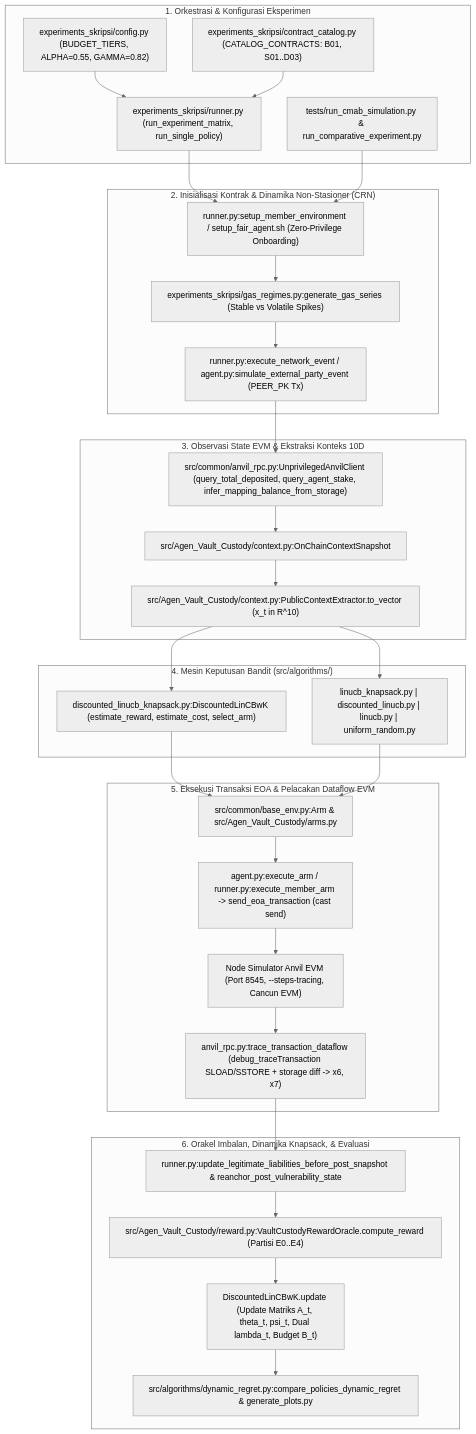
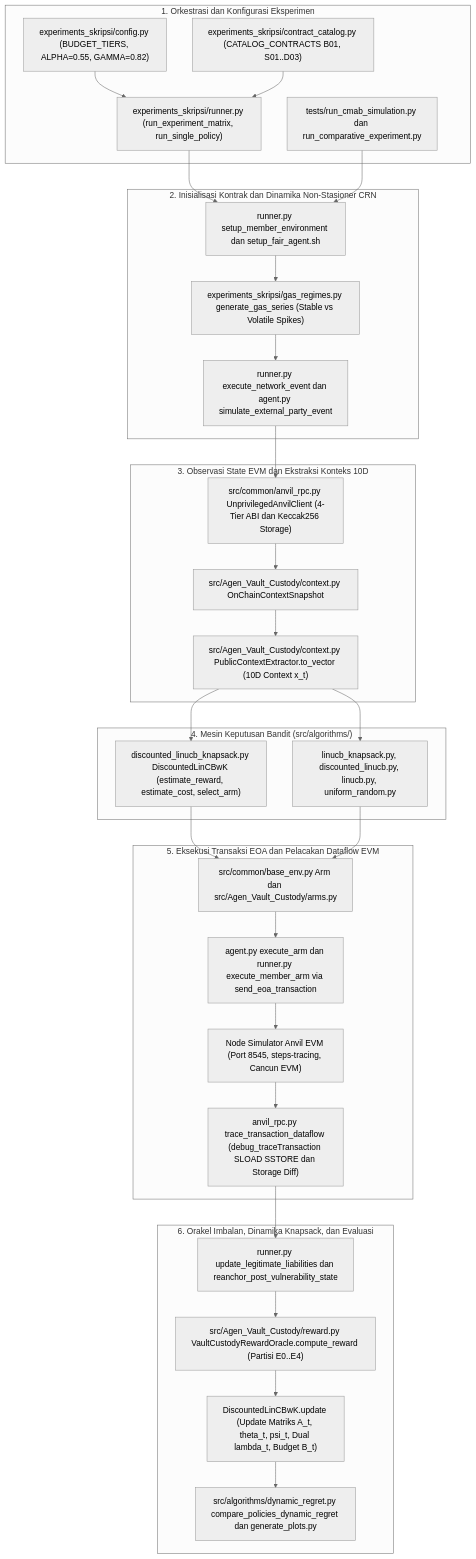
One commit to opeteer/FuzzCMAB changed the first of 2 diagrams in README.md. Above: the diagram before and after it, drawn with Mermaid (neutral theme). The commit also changed other lines of this file and 1 other file, not shown here.

Commit message:
fix(docs): use GitHub-compatible MathJax macros and Mermaid syntax in README

````diff
--- a/README.md
+++ b/README.md
@@ -40,61 +67,61 @@
 ```mermaid
 flowchart TD
-    subgraph L1["1. Orkestrasi & Konfigurasi Eksperimen"]
+    subgraph L1["1. Orkestrasi dan Konfigurasi Eksperimen"]
         CFG["experiments_skripsi/config.py (BUDGET_TIERS, ALPHA=0.55, GAMMA=0.82)"]
-        CAT["experiments_skripsi/contract_catalog.py (CATALOG_CONTRACTS: B01, S01..D03)"]
+        CAT["experiments_skripsi/contract_catalog.py (CATALOG_CONTRACTS B01, S01..D03)"]
         RUN["experiments_skripsi/runner.py (run_experiment_matrix, run_single_policy)"]
-        SIM["tests/run_cmab_simulation.py & run_comparative_experiment.py"]
+        SIM["tests/run_cmab_simulation.py dan run_comparative_experiment.py"]
     end
 
-    subgraph L2["2. Inisialisasi Kontrak & Dinamika Non-Stasioner (CRN)"]
-        SETUP["runner.py:setup_member_environment / setup_fair_agent.sh (Zero-Privilege Onboarding)"]
-        GAS["experiments_skripsi/gas_regimes.py:generate_gas_series (Stable vs Volatile Spikes)"]
-        PEER["runner.py:execute_network_event / agent.py:simulate_external_party_event (PEER_PK Tx)"]
+    subgraph L2["2. Inisialisasi Kontrak dan Dinamika Non-Stasioner CRN"]
+        SETUP["runner.py setup_member_environment dan setup_fair_agent.sh"]
+        GAS["experiments_skripsi/gas_regimes.py generate_gas_series (Stable vs Volatile Spikes)"]
+        PEER["runner.py execute_network_event dan agent.py simulate_external_party_event"]
     end
 
-    subgraph L3["3. Observasi State EVM & Ekstraksi Konteks 10D"]
-        RPC_READ["src/common/anvil_rpc.py:UnprivilegedAnvilClient (query_total_deposited, query_agent_stake, infer_mapping_balance_from_storage)"]
-        SNAP["src/Agen_Vault_Custody/context.py:OnChainContextSnapshot"]
-        CTX["src/Agen_Vault_Custody/context.py:PublicContextExtractor.to_vector (x_t in R^10)"]
+    subgraph L3["3. Observasi State EVM dan Ekstraksi Konteks 10D"]
+        RPC_READ["src/common/anvil_rpc.py UnprivilegedAnvilClient (4-Tier ABI dan Keccak256 Storage)"]
+        SNAP["src/Agen_Vault_Custody/context.py OnChainContextSnapshot"]
+        CTX["src/Agen_Vault_Custody/context.py PublicContextExtractor.to_vector (10D Context x_t)"]
     end
 
     subgraph L4["4. Mesin Keputusan Bandit (src/algorithms/)"]
-        DLIN["discounted_linucb_knapsack.py:DiscountedLinCBwK (estimate_reward, estimate_cost, select_arm)"]
-        BASE["linucb_knapsack.py | discounted_linucb.py | linucb.py | uniform_random.py"]
+        DLIN["discounted_linucb_knapsack.py DiscountedLinCBwK (estimate_reward, estimate_cost, select_arm)"]
+        BASE["linucb_knapsack.py, discounted_linucb.py, linucb.py, uniform_random.py"]
     end
 
-    subgraph L5["5. Eksekusi Transaksi EOA & Pelacakan Dataflow EVM"]
-        ARM["src/common/base_env.py:Arm & src/Agen_Vault_Custody/arms.py"]
-        EXEC["agent.py:execute_arm / runner.py:execute_member_arm -> send_eoa_transaction (cast send)"]
-        TRACE["anvil_rpc.py:trace_transaction_dataflow (debug_traceTransaction SLOAD/SSTORE + storage diff -> x6, x7)"]
-        ANVIL["Node Simulator Anvil EVM (Port 8545, --steps-tracing, Cancun EVM)"]
+    subgraph L5["5. Eksekusi Transaksi EOA dan Pelacakan Dataflow EVM"]
+        ARM["src/common/base_env.py Arm dan src/Agen_Vault_Custody/arms.py"]
+        EXEC["agent.py execute_arm dan runner.py execute_member_arm via send_eoa_transaction"]
+        TRACE["anvil_rpc.py trace_transaction_dataflow (debug_traceTransaction SLOAD SSTORE dan Storage Diff)"]
+        ANVIL["Node Simulator Anvil EVM (Port 8545, steps-tracing, Cancun EVM)"]
     end
 
-    subgraph L6["6. Orakel Imbalan, Dinamika Knapsack, & Evaluasi"]
-        LIAB["runner.py:update_legitimate_liabilities_before_post_snapshot & reanchor_post_vulnerability_state"]
-        REW["src/Agen_Vault_Custody/reward.py:VaultCustodyRewardOracle.compute_reward (Partisi E0..E4)"]
+    subgraph L6["6. Orakel Imbalan, Dinamika Knapsack, dan Evaluasi"]
+        LIAB["runner.py update_legitimate_liabilities dan reanchor_post_vulnerability_state"]
+        REW["src/Agen_Vault_Custody/reward.py VaultCustodyRewardOracle.compute_reward (Partisi E0..E4)"]
         UPD["DiscountedLinCBwK.update (Update Matriks A_t, theta_t, psi_t, Dual lambda_t, Budget B_t)"]
-        EVAL["src/algorithms/dynamic_regret.py:compare_policies_dynamic_regret & generate_plots.py"]
+        EVAL["src/algorithms/dynamic_regret.py compare_policies_dynamic_regret dan generate_plots.py"]
     end
 
     CFG --> RUN
     CAT --> RUN
     RUN --> SETUP
     SIM --> SETUP
     SETUP --> GAS
     GAS --> PEER
     PEER --> RPC_READ
     RPC_READ --> SNAP
     SNAP --> CTX
     CTX --> DLIN
     CTX --> BASE
     DLIN --> ARM
     BASE --> ARM
     ARM --> EXEC
     EXEC --> ANVIL
     ANVIL --> TRACE
     TRACE --> LIAB
     LIAB --> REW
     REW --> UPD
     UPD --> EVAL
 ```
````
